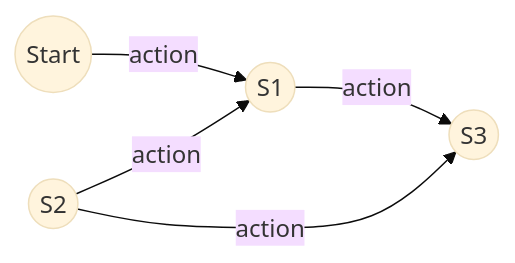
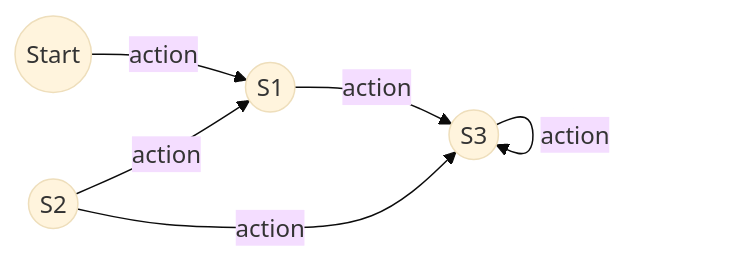
The diagram in README.md (o-bennasr/or-3dbp), drawn with Mermaid (base theme) before and after one commit.

Commit message:
docs: selfloop in a mermaid graph

````diff
--- a/README.md
+++ b/README.md
@@ -25,7 +25,8 @@
 ```mermaid
 graph LR
 A((Start)) -- action --> B((S1))
 C((S2)) -- action --> B
 B -- action --> D((S3))
 C -- action --> D
+D -- action --> D
 ```
````
